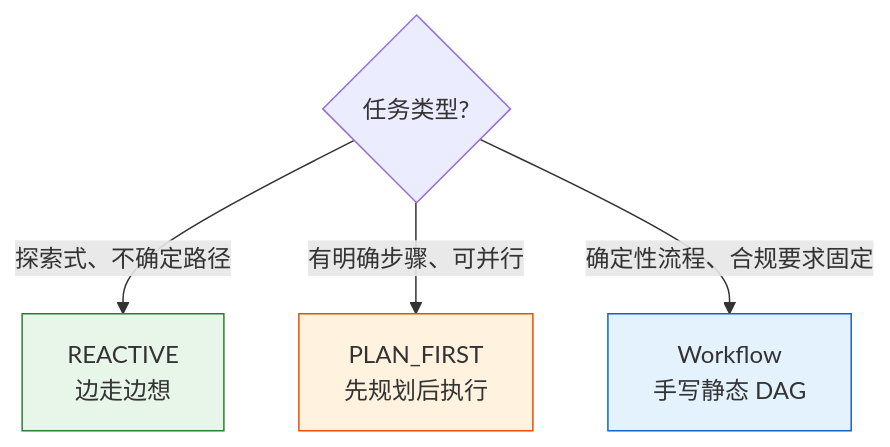
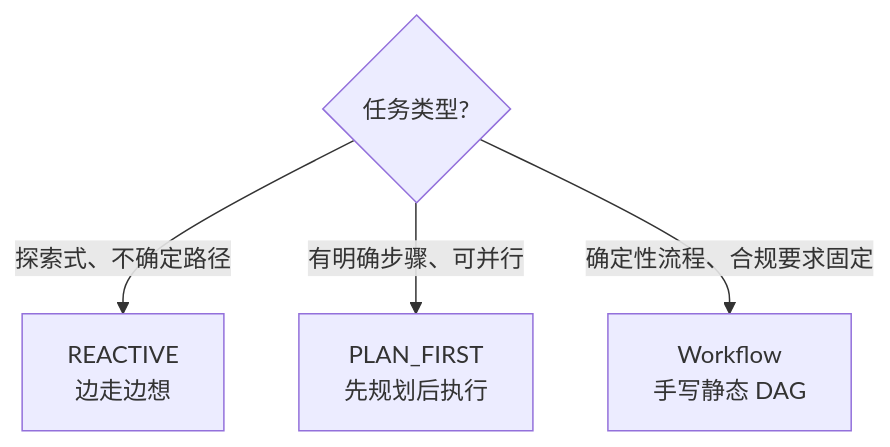
One commit to limenagent/prodagent changed the first of 5 diagrams in docs/tour/06-plan.md. Above: the diagram before and after it, drawn with Mermaid. The commit also changed other lines of this file and 113 other files, not shown here.

````diff
--- a/docs/tour/06-plan.md
+++ b/docs/tour/06-plan.md
@@ -9,9 +9,6 @@
 ```mermaid
 graph TD
     Q{"任务类型?"} -->|探索式、不确定路径| R["REACTIVE<br/>边走边想"]
     Q -->|有明确步骤、可并行| P["PLAN_FIRST<br/>先规划后执行"]
     Q -->|确定性流程、合规要求固定| W["Workflow<br/>手写静态 DAG"]
-    style R fill:#e8f5e9,stroke:#2e7d32
-    style P fill:#fff3e0,stroke:#e65100
-    style W fill:#e3f2fd,stroke:#1565c0
 ```
````
